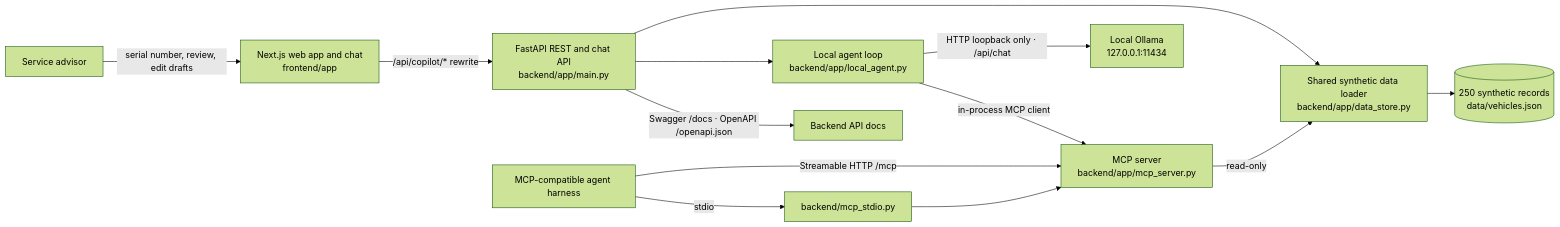
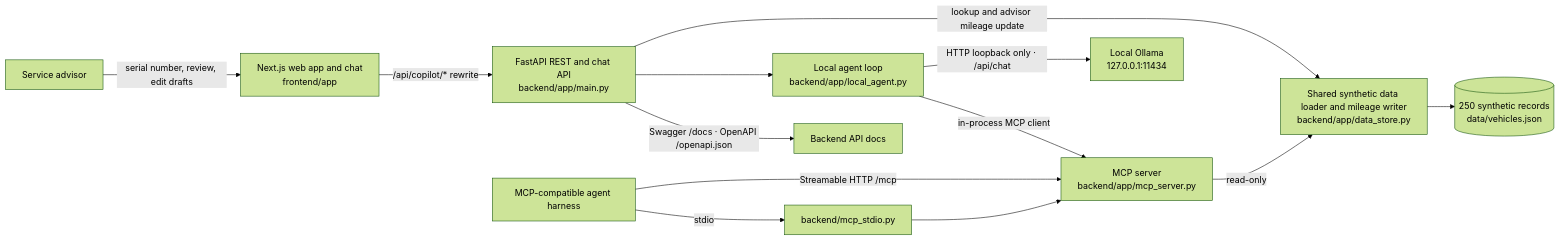
The diagram in README.md (arsalanshakil-dev/service-lane-copilot), drawn with Mermaid (forest theme) before and after one commit. The commit also changed other lines of this file and 9 other files, not shown here.

````diff
--- a/README.md
+++ b/README.md
@@ -13,15 +13,15 @@
 ```mermaid
 flowchart LR
     Advisor[Service advisor] -->|serial number, review, edit drafts| Web[Next.js web app and chat\nfrontend/app]
     Web -->|/api/copilot/* rewrite| API[FastAPI REST and chat API\nbackend/app/main.py]
-    API --> Store[Shared synthetic data loader\nbackend/app/data_store.py]
+    API -->|lookup and advisor mileage update| Store[Shared synthetic data loader and mileage writer\nbackend/app/data_store.py]
     Store --> Data[(250 synthetic records\ndata/vehicles.json)]
     API --> Agent[Local agent loop\nbackend/app/local_agent.py]
     Agent -->|HTTP loopback only · /api/chat| Ollama[Local Ollama\n127.0.0.1:11434]
     Agent -->|in-process MCP client| MCP
     Harness[MCP-compatible agent harness] -->|Streamable HTTP /mcp| MCP[MCP server\nbackend/app/mcp_server.py]
     Harness -->|stdio| Launcher[backend/mcp_stdio.py]
     Launcher --> MCP
     MCP -->|read-only| Store
     API -->|Swagger /docs · OpenAPI /openapi.json| Docs[Backend API docs]
 ```
````
